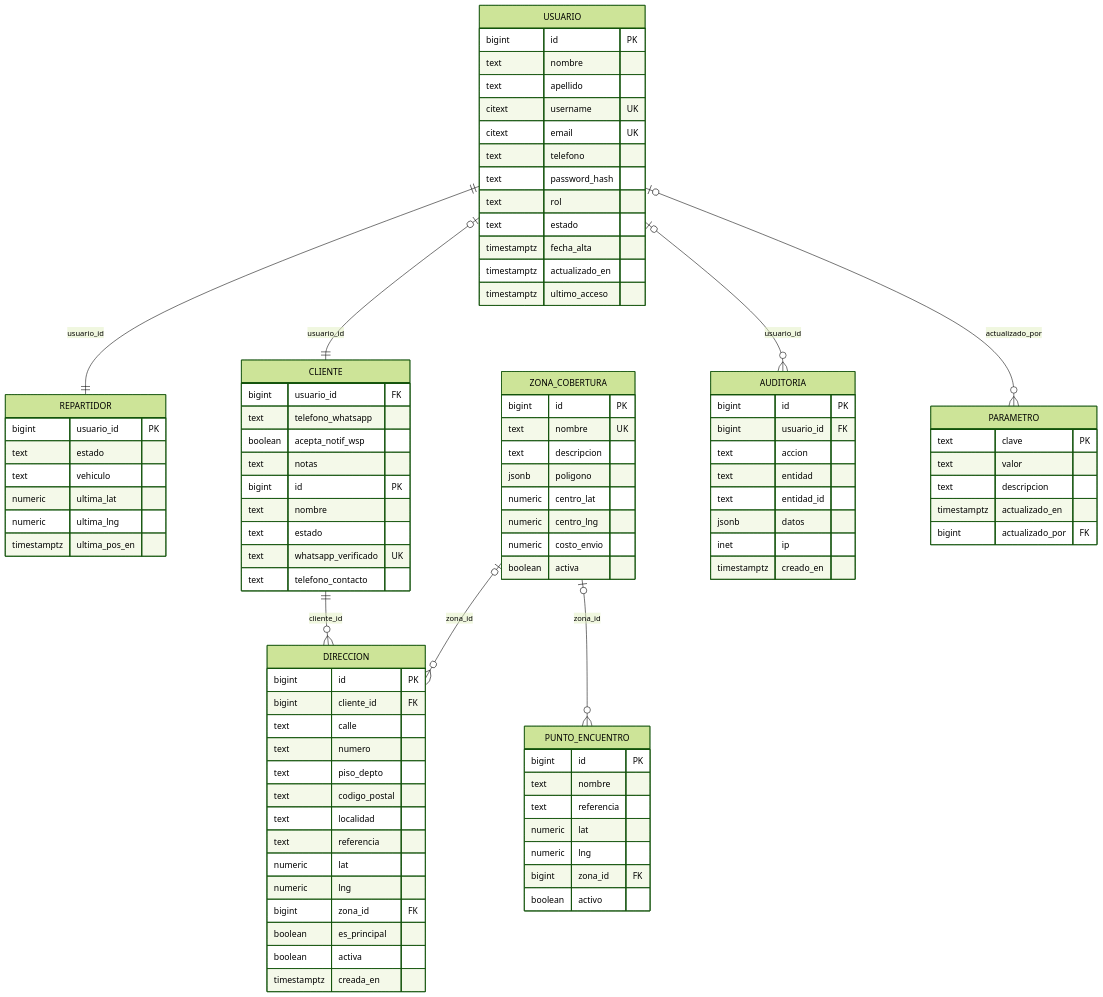
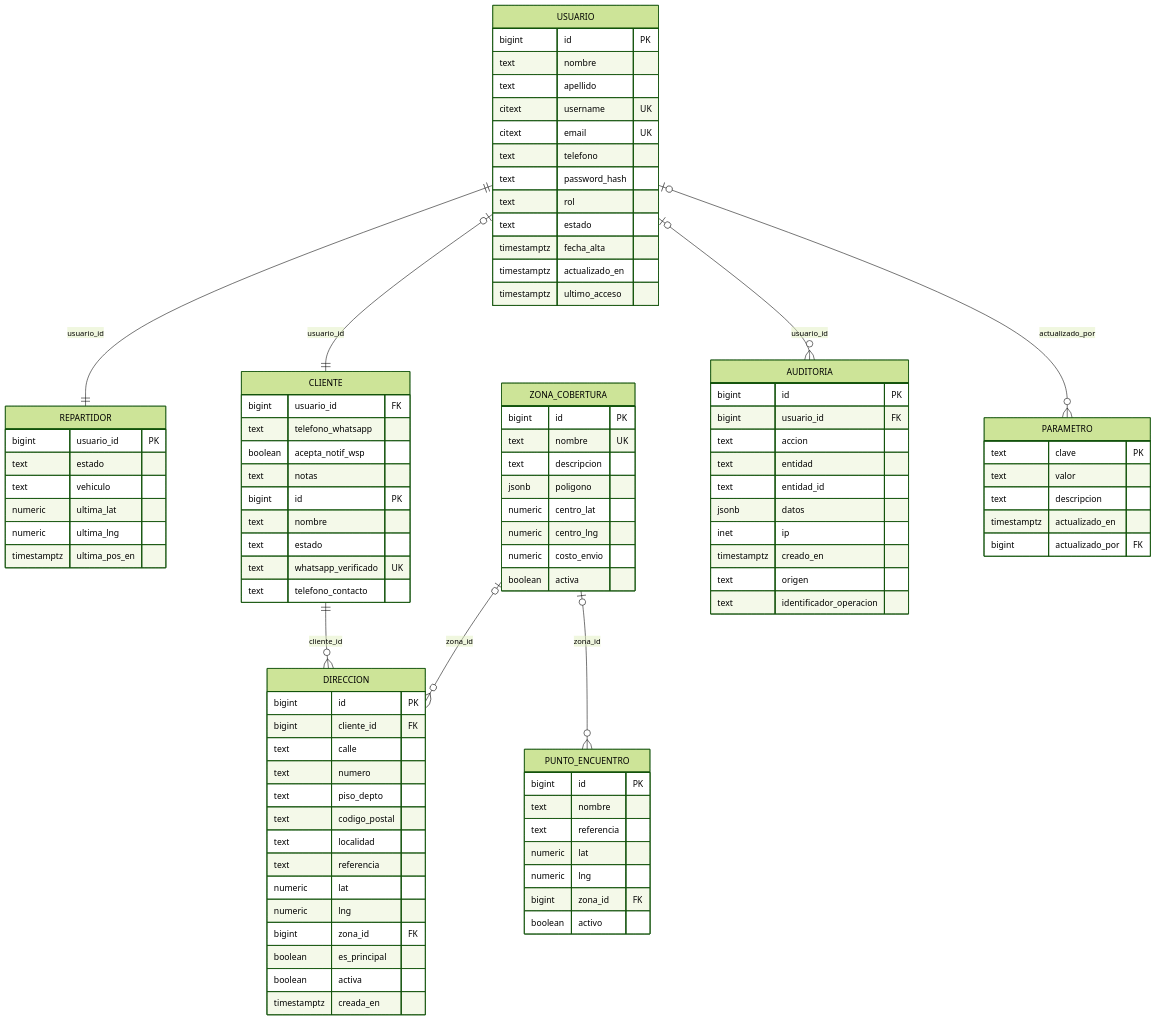
Before and after one commit to Ignapag/Desarrollo-2026: the second of 14 diagrams in docs/DER.md, drawn with Mermaid (forest theme). The commit also changed other lines of this file and 68 other files, not shown here.

```diff
--- a/docs/DER.md
+++ b/docs/DER.md
@@ -193,6 +193,8 @@
         jsonb datos
         inet ip
         timestamptz creado_en
+        text origen
+        text identificador_operacion
     }
     PARAMETRO {
         text clave PK
```
